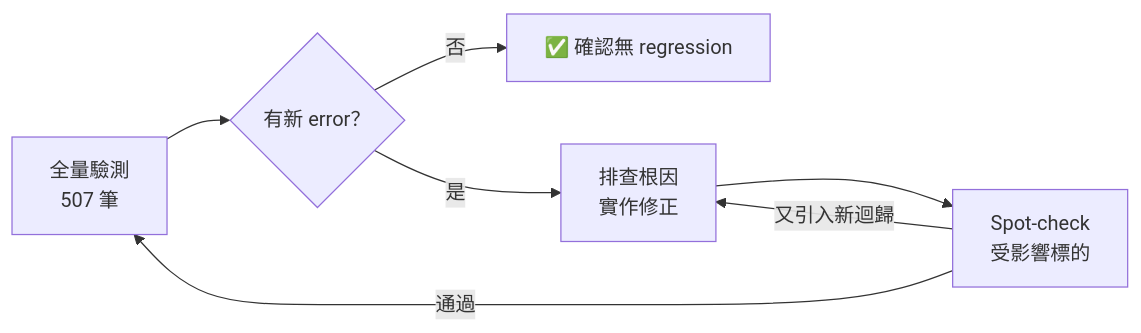
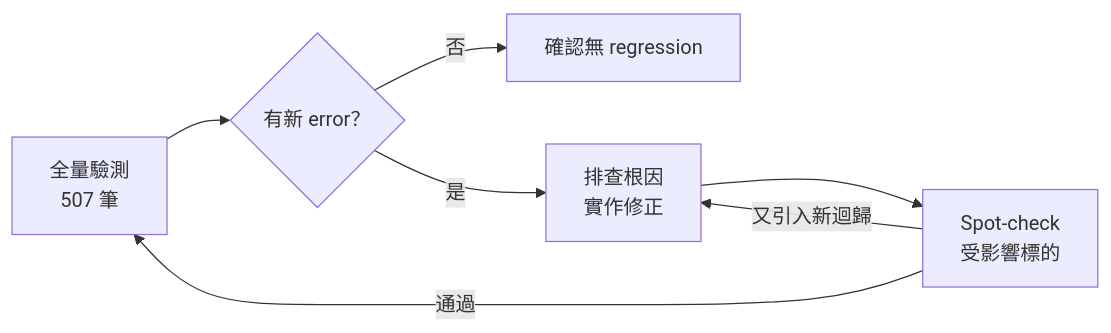
Before and after one commit to LLMSystems/SEC-10-K-Structured-Extraction: the diagram in docs/optimize-parser-report.md, drawn with Mermaid. The commit also changed other lines of this file, not shown here.

````diff
--- a/docs/optimize-parser-report.md
+++ b/docs/optimize-parser-report.md
@@ -99,9 +40,9 @@
 ```mermaid
 flowchart LR
     A[全量驗測\n507 筆] --> B{有新 error？}
-    B -- 否 --> C[✅ 確認無 regression]
+    B -- 否 --> C[確認無 regression]
     B -- 是 --> D[排查根因\n實作修正]
     D --> E[Spot-check\n受影響標的]
     E -- 通過 --> A
     E -- 又引入新迴歸 --> D
 ```
````
